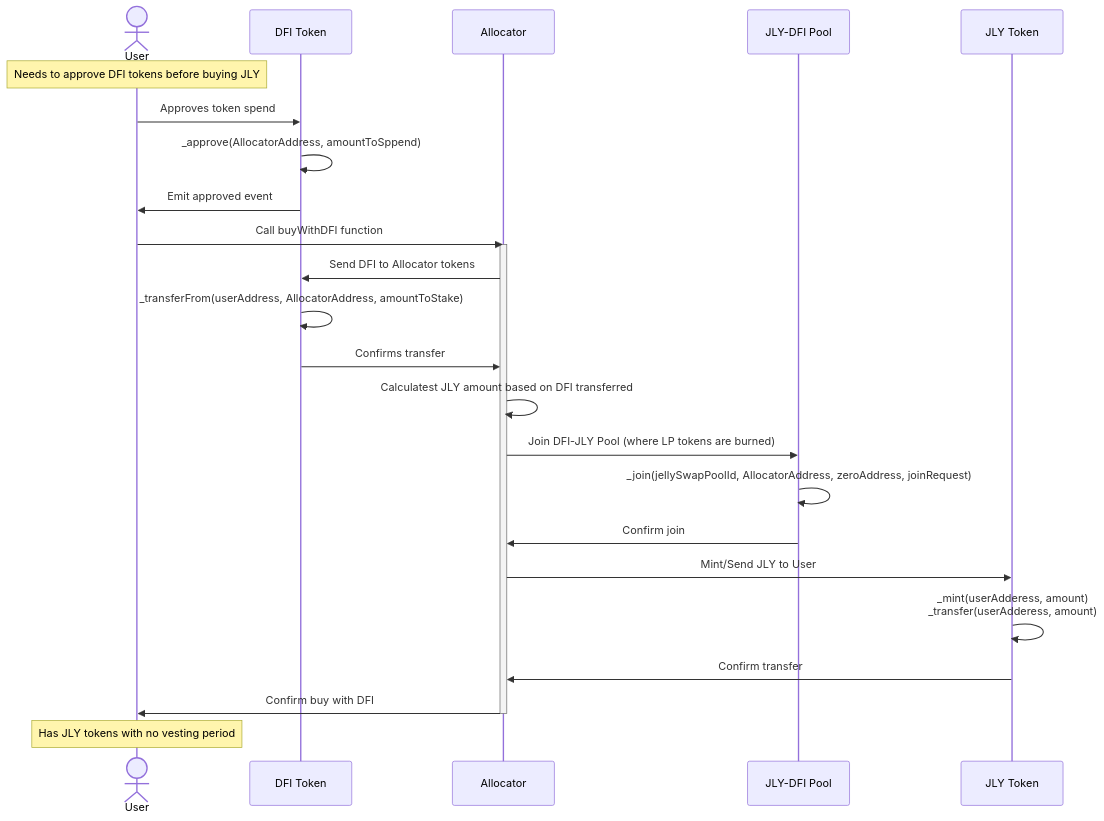
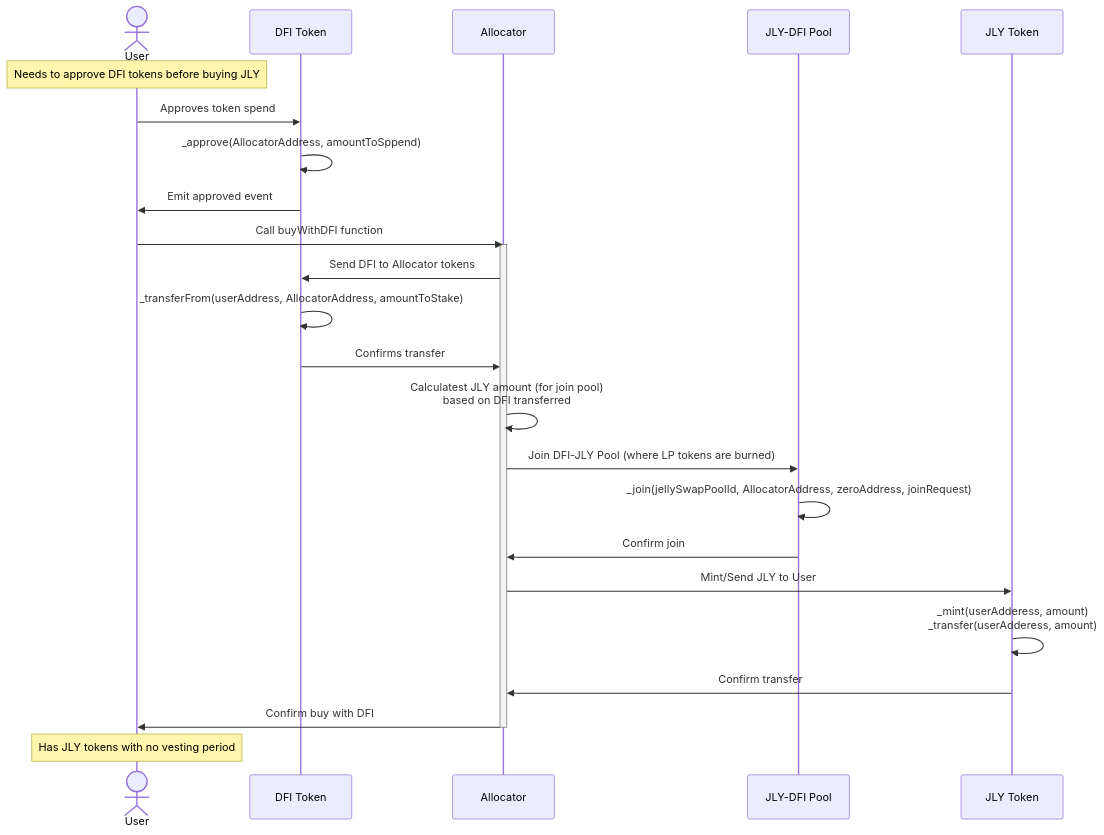
The second of 2 diagrams in docs/BuyJLYwithDUSDandDFIUml.md (omahs/jelly-verse-contracts), drawn with Mermaid before and after one commit. The commit also changed other lines of this file and 3 other files, not shown here.

````diff
--- a/docs/BuyJLYwithDUSDandDFIUml.md
+++ b/docs/BuyJLYwithDUSDandDFIUml.md
@@ -56,27 +56,27 @@
 ```mermaid
 sequenceDiagram
     actor A as User
     participant B as DFI Token
     participant C as Allocator
     participant E as JLY-DFI Pool
     participant D as JLY Token
     Note over A: Needs to approve DFI tokens before buying JLY
     A->>B: Approves token spend
     B->>B: _approve(AllocatorAddress, amountToSppend)
     B->>A: Emit approved event 
     A->>C: Call buyWithDFI function
     activate C
     C->>B: Send DFI to Allocator tokens
     B->>B: _transferFrom(userAddress, AllocatorAddress, amountToStake)
     B->>C: Confirms transfer
-    C->>C: Calculatest JLY amount based on DFI transferred
+    C->>C: Calculatest JLY amount (for join pool) <br/>based on DFI transferred
     C->>E: Join DFI-JLY Pool (where LP tokens are burned)
     E->>E: _join(jellySwapPoolId, AllocatorAddress, zeroAddress, joinRequest)
     E->>C: Confirm join
     C->>D: Mint/Send JLY to User
     D->>D: _mint(userAdderess, amount)<br/> _transfer(userAdderess, amount)
     D->>C: Confirm transfer
     C->>A: Confirm buy with DFI
     deactivate C
     Note over A: Has JLY tokens with no vesting period
 ```
````
